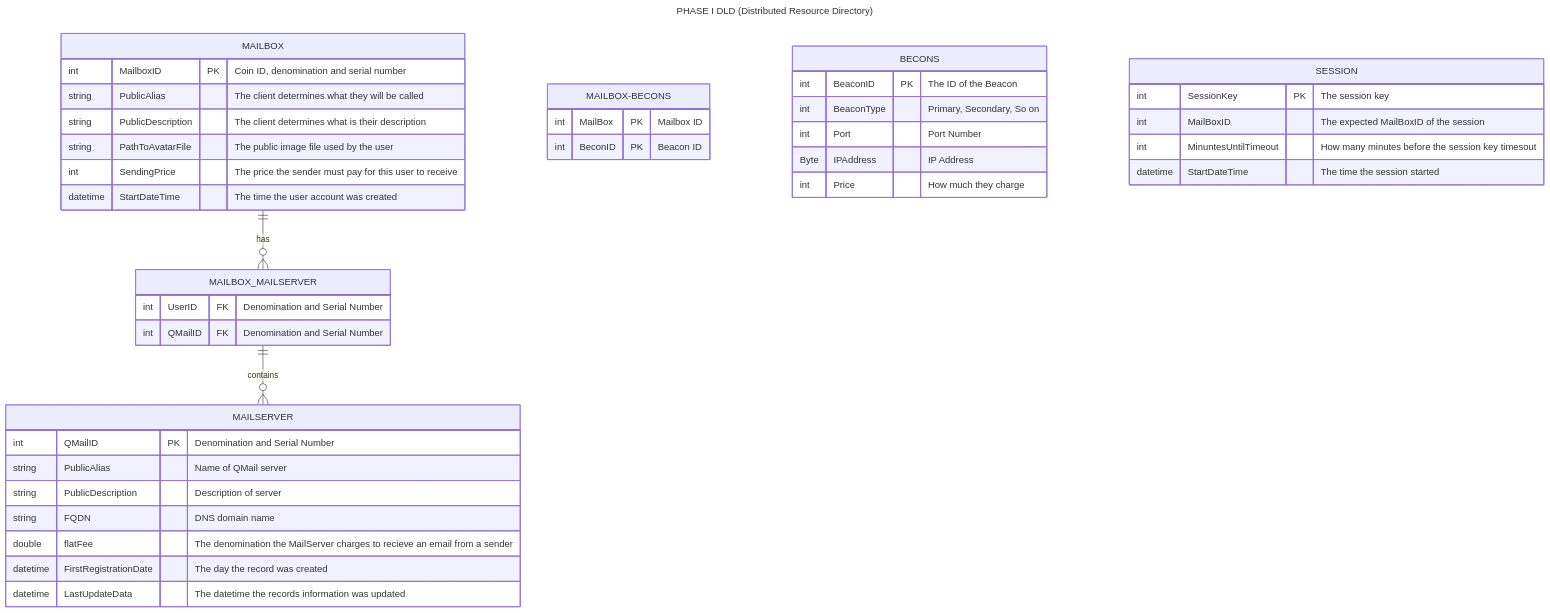
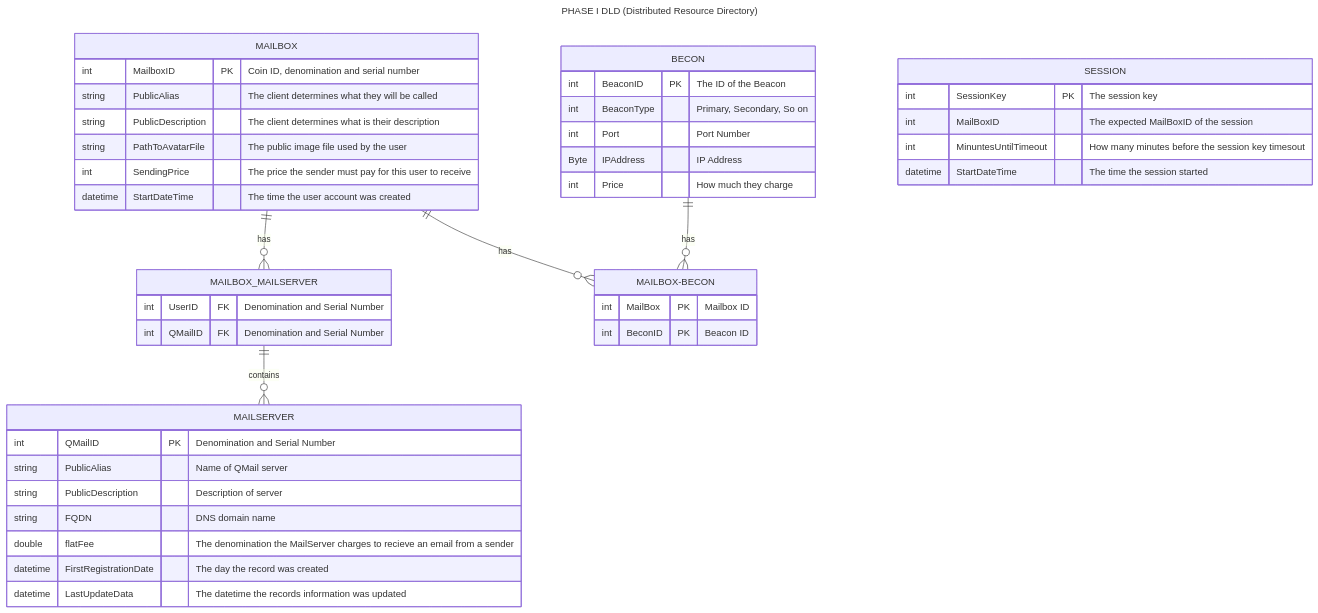
Before and after one commit to worthingtonse/client-prompts: the diagram in Ideas In Progress/QMAIL/DRD/phase-I-drd.md, drawn with Mermaid.

Commit message:
Refactor data structure definitions in phase-I-drd.md

````diff
--- a/Ideas In Progress/QMAIL/DRD/phase-I-drd.md
+++ b/Ideas In Progress/QMAIL/DRD/phase-I-drd.md
@@ -33,55 +33,57 @@
 ```mermaid
 ---
 title: PHASE I DLD (Distributed Resource Directory)
 ---
 erDiagram
 
     MAILBOX {
         int MailboxID PK "Coin ID, denomination and serial number"
         string PublicAlias "The client determines what they will be called"
         string PublicDescription "The client determines what is their description"
         string PathToAvatarFile "The public image file used by the user"
         int SendingPrice "The price the sender must pay for this user to receive"
         datetime StartDateTime "The time the user account was created"
     }
 
-MAILBOX-BECONS{
+MAILBOX-BECON{
       int MailBox PK "Mailbox ID"
       int BeconID PK "Beacon ID"
       }
 
-BECONS{
+BECON{
       int BeaconID PK "The ID of the Beacon"
       int BeaconType "Primary, Secondary, So on"
       int Port "Port Number"
       Byte IPAddress "IP Address"
       int Price "How much they charge"
 }
 
 
     SESSION {
         int SessionKey PK "The session key"
         int MailBoxID "The expected MailBoxID of the session"
         int MinuntesUntilTimeout "How many minutes before the session key timesout"
         datetime StartDateTime "The time the session started"
     }
 
     MAILBOX_MAILSERVER {
         int UserID FK "Denomination and Serial Number"
         int QMailID FK "Denomination and Serial Number"
     }
 
     MAILSERVER {
         int QMailID PK "Denomination and Serial Number"
         string PublicAlias "Name of QMail server"
         string PublicDescription "Description of server"
         string FQDN "DNS domain name"
         double flatFee "The denomination the MailServer charges to recieve an email from a sender"
         datetime FirstRegistrationDate "The day the record was created"
         datetime LastUpdateData "The datetime the records information was updated"
     }
 
     MAILBOX ||--o{ MAILBOX_MAILSERVER : "has"
     MAILBOX_MAILSERVER ||--o{ MAILSERVER : "contains"
+MAILBOX ||--o{ MAILBOX-BECON : "has"
+BECON ||--o{ MAILBOX-BECON : "has"
 
 ```
````
